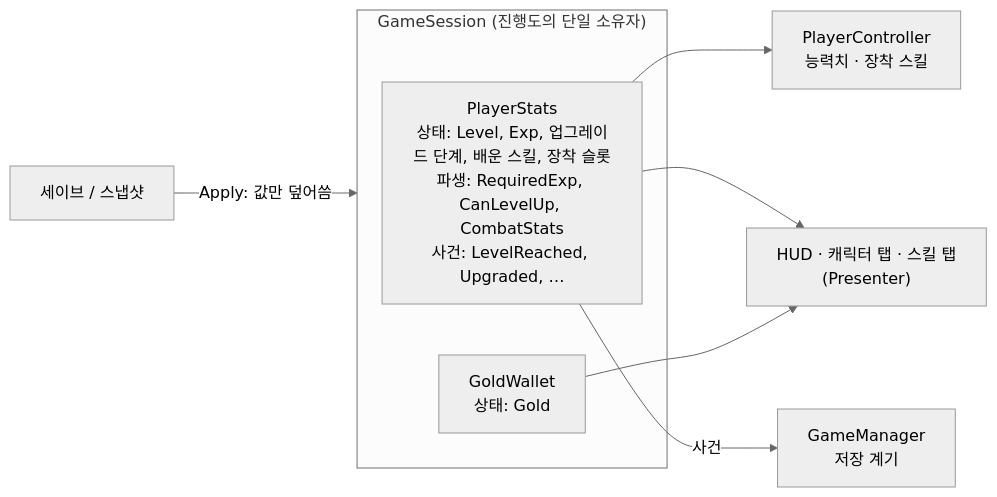
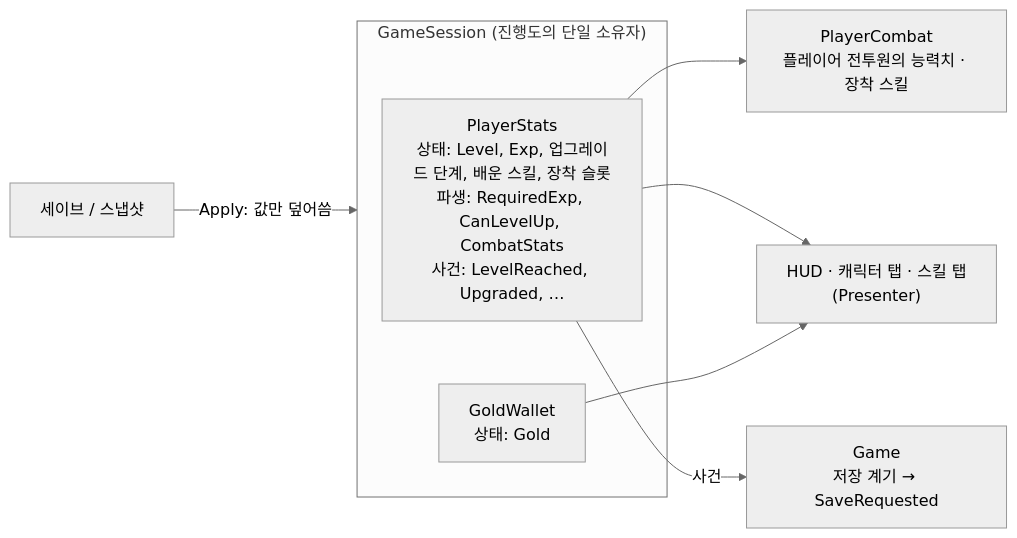
One commit to answk427/IdleGameProtoType changed the fourth of 6 diagrams in README.md. Above: the diagram before and after it, drawn with Mermaid (neutral theme). The commit also changed other lines of this file and 113 other files, not shown here.

First line of the commit message:
refactor: 5-C 전 구조 정리 — 게임 계층(Game), 전투원의 주인 = 시뮬레이션, 데이터 한 벌

````diff
--- a/README.md
+++ b/README.md
@@ -170,12 +175,12 @@
 ```mermaid
 flowchart LR
     subgraph Model["GameSession (진행도의 단일 소유자)"]
         PS["PlayerStats<br/>상태: Level, Exp, 업그레이드 단계, 배운 스킬, 장착 슬롯<br/>파생: RequiredExp, CanLevelUp, CombatStats<br/>사건: LevelReached, Upgraded, …"]
         GW["GoldWallet<br/>상태: Gold"]
     end
-    PS --> PC["PlayerController<br/>능력치 · 장착 스킬"]
+    PS --> PC["PlayerCombat<br/>플레이어 전투원의 능력치 · 장착 스킬"]
     PS --> UI["HUD · 캐릭터 탭 · 스킬 탭<br/>(Presenter)"]
     GW --> UI
-    PS -->|"사건"| GM["GameManager<br/>저장 계기"]
+    PS -->|"사건"| GM["Game<br/>저장 계기 → SaveRequested"]
     SNAP["세이브 / 스냅샷"] -->|"Apply: 값만 덮어씀"| Model
 ```
````
